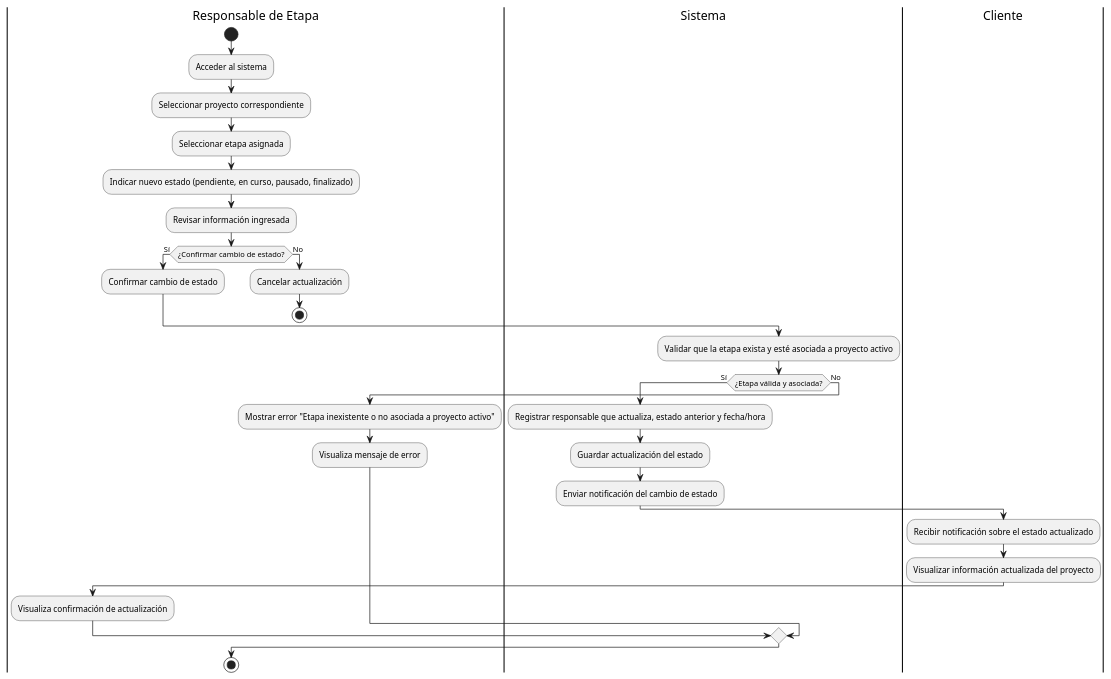
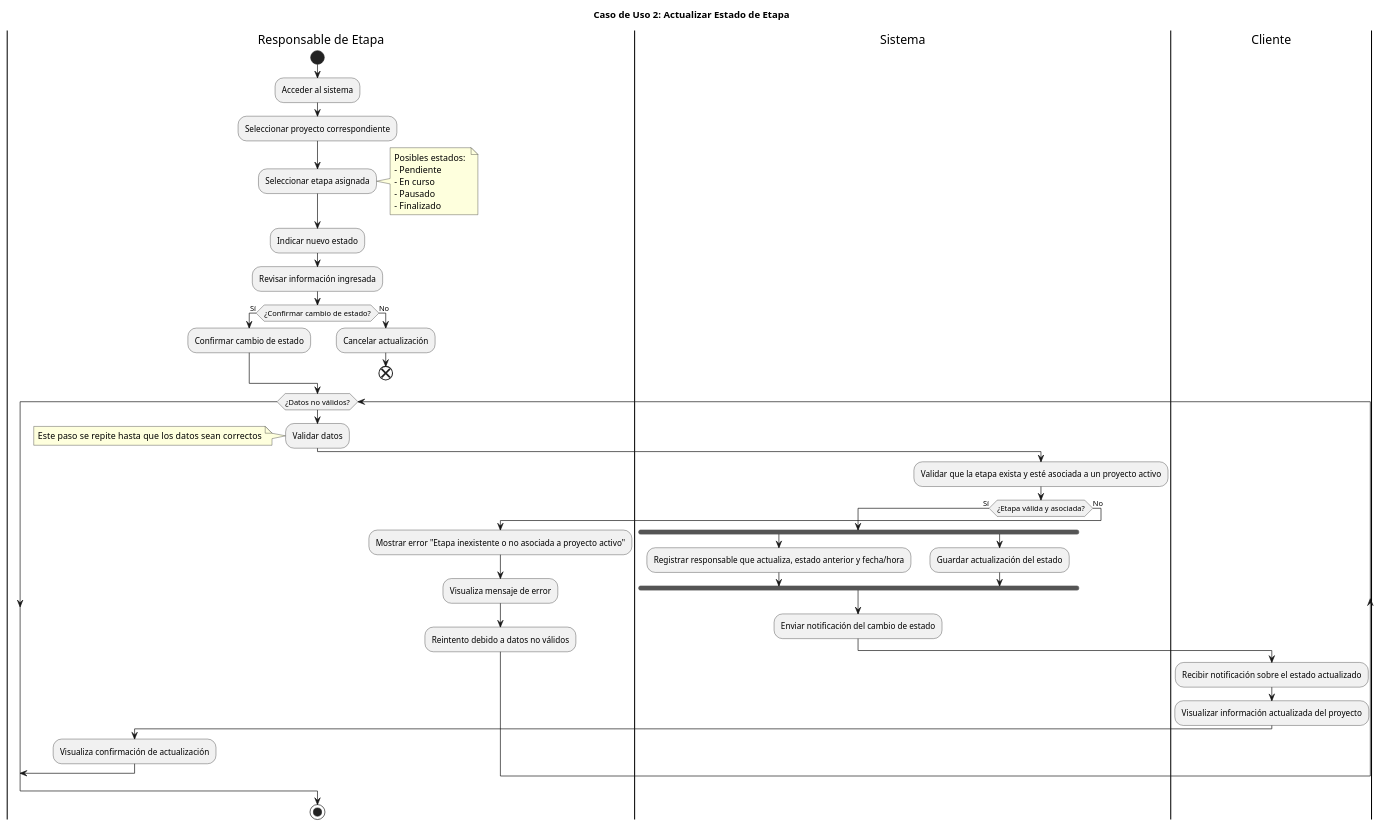
Before and after one commit to 9919-Mili/SistemaProductoraVideos: the diagram in diagramas/04-diagramas-actividades/04-actividad-actualizar-estado-caso-uso-02.puml, drawn with PlantUML. The commit also changed 3 other files, not shown here.

```diff
--- a/diagramas/04-diagramas-actividades/04-actividad-actualizar-estado-caso-uso-02.puml
+++ b/diagramas/04-diagramas-actividades/04-actividad-actualizar-estado-caso-uso-02.puml
@@ -1,35 +1,59 @@
 @startuml ActualizarEstado
+title Caso de Uso 2: Actualizar Estado de Etapa
 
 |Responsable de Etapa|
 start
 :Acceder al sistema;
 :Seleccionar proyecto correspondiente;
 :Seleccionar etapa asignada;
-:Indicar nuevo estado (pendiente, en curso, pausado, finalizado);
+
+note right
+Posibles estados: 
+- Pendiente
+- En curso
+- Pausado
+- Finalizado
+end note
+
+:Indicar nuevo estado;
 :Revisar información ingresada;
+
 if (¿Confirmar cambio de estado?) then (Sí)
   :Confirmar cambio de estado;
 else (No)
   :Cancelar actualización;
-  stop
+  end
 endif
 
-|Sistema|
-:Validar que la etapa exista y esté asociada a proyecto activo;
-if (¿Etapa válida y asociada?) then (Sí)
-  :Registrar responsable que actualiza, estado anterior y fecha/hora;
-  :Guardar actualización del estado;
-  :Enviar notificación del cambio de estado;
-  |Cliente|
-  :Recibir notificación sobre el estado actualizado;
-  :Visualizar información actualizada del proyecto;
-  |Responsable de Etapa|
-  :Visualiza confirmación de actualización;
-else (No)
-  :Mostrar error "Etapa inexistente o no asociada a proyecto activo";
-  |Responsable de Etapa|
-  :Visualiza mensaje de error;
-endif
+while (¿Datos no válidos?)
+:Validar datos;
+  note
+  Este paso se repite hasta que los datos sean correctos
+  end note
+  |Sistema|
+  :Validar que la etapa exista y esté asociada a un proyecto activo;
+  if (¿Etapa válida y asociada?) then (Sí)
+    fork
+      :Registrar responsable que actualiza, estado anterior y fecha/hora;
+    fork again
+      :Guardar actualización del estado;
+    end fork
+
+    :Enviar notificación del cambio de estado;
+    
+    |Cliente|
+    :Recibir notificación sobre el estado actualizado;
+    :Visualizar información actualizada del proyecto;
+
+    |Responsable de Etapa|
+    :Visualiza confirmación de actualización;
+    break
+  else (No)
+    :Mostrar error "Etapa inexistente o no asociada a proyecto activo";
+    :Visualiza mensaje de error;
+    :Reintento debido a datos no válidos;
+  endif
+endwhile
 
 stop
 @enduml
```
